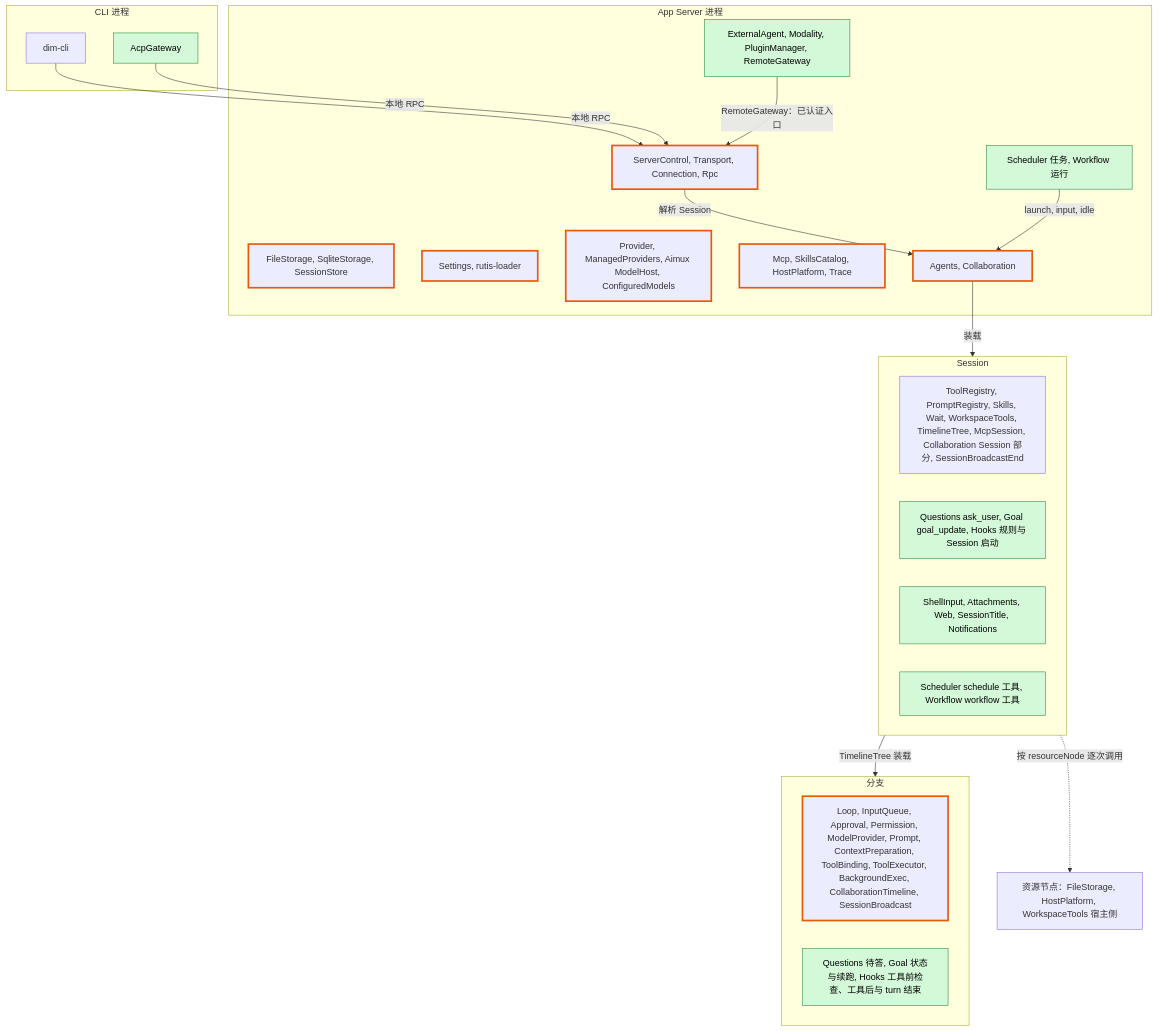
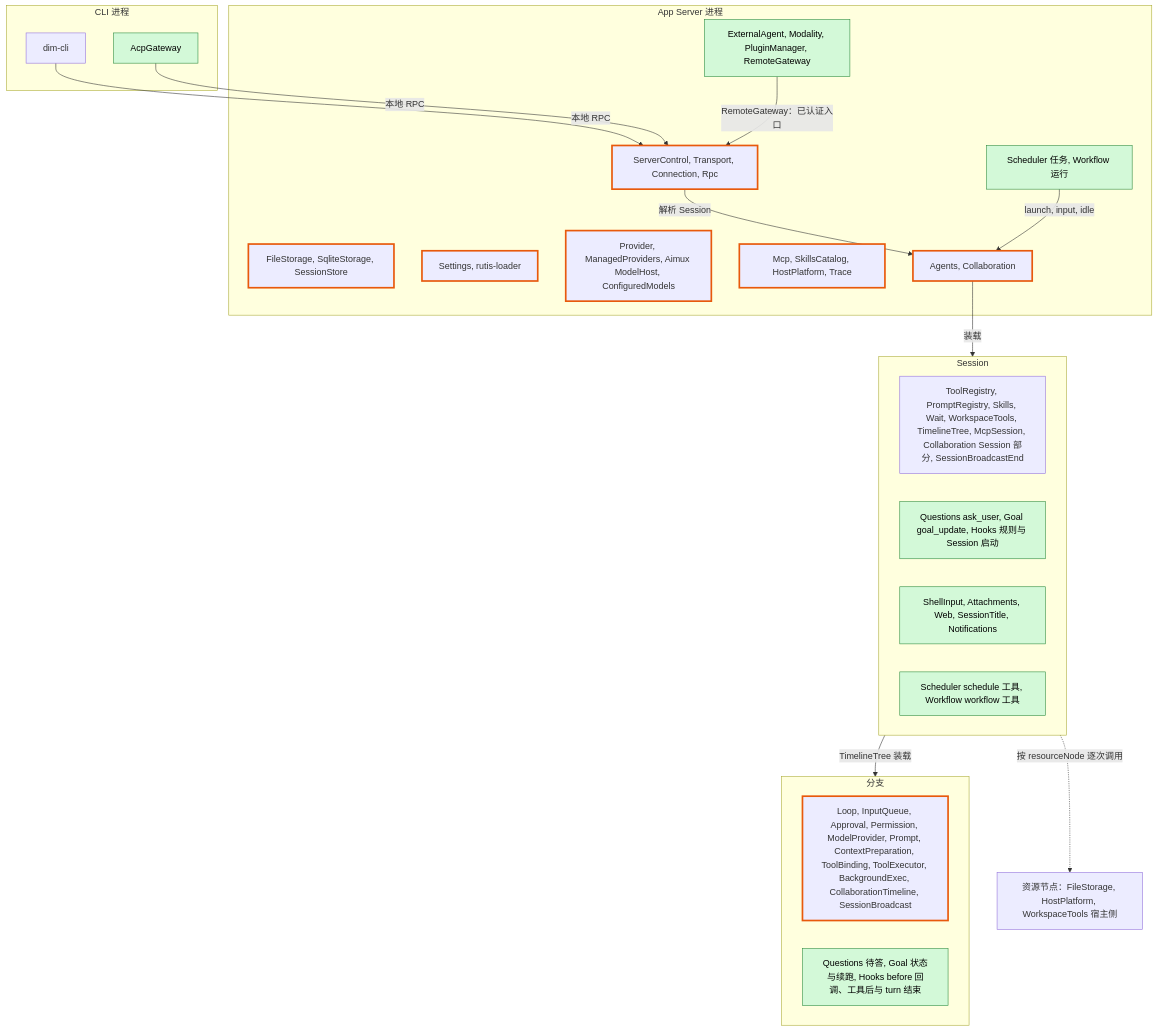
Before and after one commit to CoutinhoTTS/dim-agent: the first of 8 diagrams in docs/zh/design/overview.md, drawn with Mermaid. The commit also changed other lines of this file and 18 other files, not shown here.

Commit message:
docs(zh): sync translations with hooks via before callbacks and withdraw/delete events

````diff
--- a/docs/zh/design/overview.md
+++ b/docs/zh/design/overview.md
@@ -25,40 +25,40 @@
 ```mermaid
 flowchart TB
   classDef new fill:#d3f9d8,stroke:#2b8a3e,color:#000
   classDef changed stroke:#e8590c,stroke-width:3px
 
   subgraph CLIP["CLI 进程"]
     cli["dim-cli"]
     acp["AcpGateway"]:::new
   end
   subgraph PROC["App Server 进程"]
     entry["ServerControl, Transport, Connection, Rpc"]:::changed
     store["FileStorage, SqliteStorage, SessionStore"]:::changed
     cfg["Settings, rutis-loader"]:::changed
     models["Provider, ManagedProviders, Aimux ModelHost, ConfiguredModels"]:::changed
     cat["Mcp, SkillsCatalog, HostPlatform, Trace"]:::changed
     agents["Agents, Collaboration"]:::changed
     pnew["Scheduler 任务, Workflow 运行"]:::new
     pext["ExternalAgent, Modality, PluginManager, RemoteGateway"]:::new
   end
   subgraph SES["Session"]
     sexist["ToolRegistry, PromptRegistry, Skills, Wait, WorkspaceTools, TimelineTree, McpSession, Collaboration Session 部分, SessionBroadcastEnd"]
     snew1["Questions ask_user, Goal goal_update, Hooks 规则与 Session 启动"]:::new
     snew2["ShellInput, Attachments, Web, SessionTitle, Notifications"]:::new
     snew3["Scheduler schedule 工具, Workflow workflow 工具"]:::new
   end
   subgraph BR["分支"]
     bexist["Loop, InputQueue, Approval, Permission, ModelProvider, Prompt, ContextPreparation, ToolBinding, ToolExecutor, BackgroundExec, CollaborationTimeline, SessionBroadcast"]:::changed
-    bnew["Questions 待答, Goal 状态与续跑, Hooks 工具前检查、工具后与 turn 结束"]:::new
+    bnew["Questions 待答, Goal 状态与续跑, Hooks before 回调、工具后与 turn 结束"]:::new
   end
   rn["资源节点：FileStorage, HostPlatform, WorkspaceTools 宿主侧"]
 
   cli -->|"本地 RPC"| entry
   acp -->|"本地 RPC"| entry
   pext -->|"RemoteGateway：已认证入口"| entry
   entry -->|"解析 Session"| agents
   agents -->|"装载"| SES
   SES -->|"TimelineTree 装载"| BR
   pnew -->|"launch, input, idle"| agents
   SES -.->|"按 resourceNode 逐次调用"| rn
 ```
````
